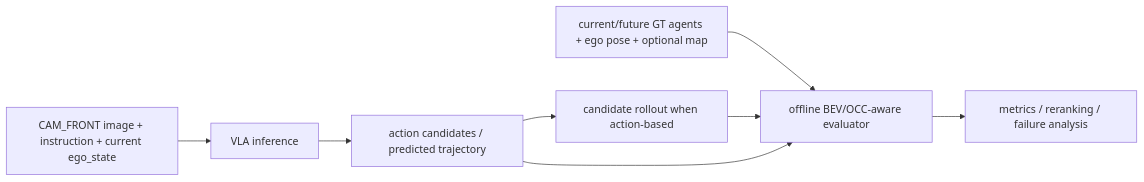
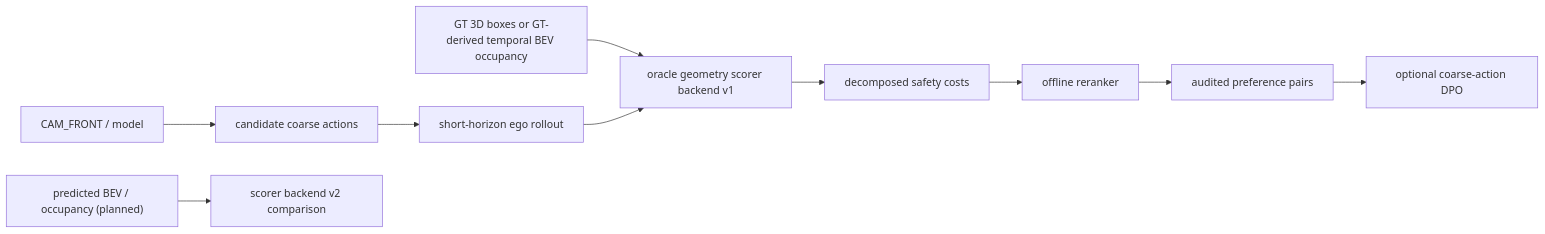
One commit to TNAG031231/4vla_learning changed the diagram in README.md. Above: the diagram before and after it, drawn with Mermaid. The commit also changed other lines of this file and 2 other files, not shown here.

First line of the commit message:
Docs: revise project into scalable coarse-to-fine VLA roadmap (#12)

````diff
--- a/README.md
+++ b/README.md
@@ -29,10 +30,12 @@
 ```mermaid
 flowchart LR
-    A["CAM_FRONT image + instruction + current ego_state"] --> B["VLA inference"]
-    B --> C["action candidates / predicted trajectory"]
-    C --> D["candidate rollout when action-based"]
-    E["current/future GT agents + ego pose + optional map"] --> F["offline BEV/OCC-aware evaluator"]
-    D --> F
-    C --> F
-    F --> G["metrics / reranking / failure analysis"]
+    A["CAM_FRONT / model"] --> B["candidate coarse actions"]
+    B --> C["short-horizon ego rollout"]
+    D["GT 3D boxes or GT-derived temporal BEV occupancy"] --> E["oracle geometry scorer backend v1"]
+    C --> E
+    E --> F["decomposed safety costs"]
+    F --> G["offline reranker"]
+    G --> H["audited preference pairs"]
+    H --> I["optional coarse-action DPO"]
+    J["predicted BEV / occupancy (planned)"] --> K["scorer backend v2 comparison"]
 ```
````
